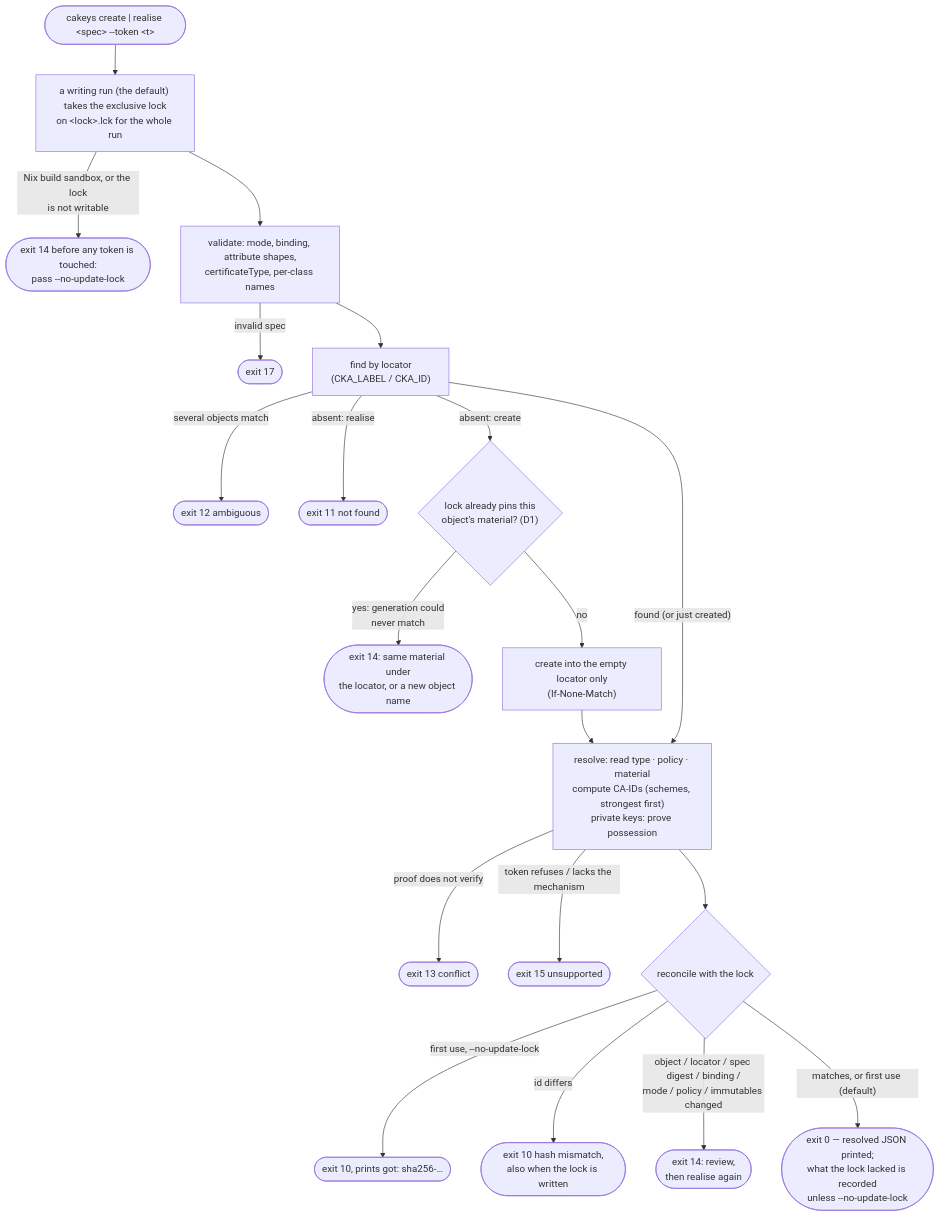
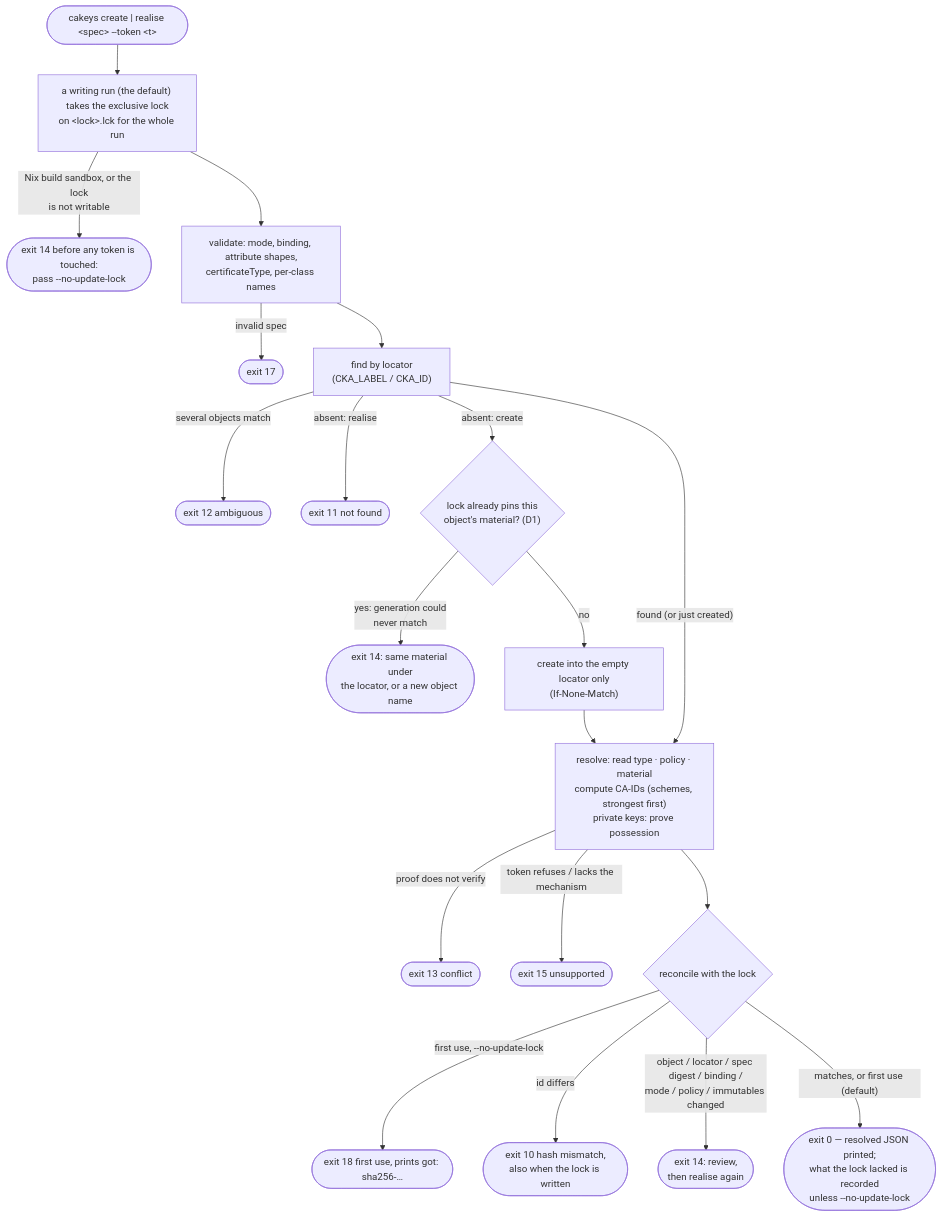
The second of 5 diagrams in docs/diagrams.md (Princemachiavelli/cakeys), drawn with Mermaid before and after one commit. The commit also changed 12 other files, not shown here.

````diff
--- a/docs/diagrams.md
+++ b/docs/diagrams.md
@@ -47,23 +47,23 @@
 ```mermaid
 flowchart TD
     START(["cakeys create | realise &lt;spec&gt; --token &lt;t&gt;"]) --> GUARD
     GUARD["a writing run (the default) takes the exclusive lock<br/>on &lt;lock&gt;.lck for the whole run"]
     GUARD -- "Nix build sandbox, or the lock<br/>is not writable" --> X14w(["exit 14 before any token is touched:<br/>pass --no-update-lock"])
     GUARD --> VAL["validate: mode, binding, attribute shapes,<br/>certificateType, per-class names"]
     VAL -- "invalid spec" --> X17(["exit 17"])
     VAL --> FIND["find by locator<br/>(CKA_LABEL / CKA_ID)"]
     FIND -- "several objects match" --> X12(["exit 12 ambiguous"])
     FIND -- "absent: realise" --> X11(["exit 11 not found"])
     FIND -- "absent: create" --> PIN{"lock already pins this<br/>object's material? (D1)"}
     PIN -- "yes: generation could<br/>never match" --> X14b(["exit 14: same material under<br/>the locator, or a new object name"])
     PIN -- no --> CREATE["create into the empty locator only<br/>(If-None-Match)"]
     FIND -- "found (or just created)" --> RESOLVE
     CREATE --> RESOLVE["resolve: read type · policy · material<br/>compute CA-IDs (schemes, strongest first)<br/>private keys: prove possession"]
     RESOLVE -- "proof does not verify" --> X13a(["exit 13 conflict"])
     RESOLVE -- "token refuses / lacks the mechanism" --> X15(["exit 15 unsupported"])
     RESOLVE --> RECONCILE{"reconcile with the lock"}
-    RECONCILE -- "first use, --no-update-lock" --> X10(["exit 10, prints got: sha256-…"])
+    RECONCILE -- "first use, --no-update-lock" --> X18(["exit 18 first use, prints got: sha256-…"])
     RECONCILE -- "id differs" --> X10b(["exit 10 hash mismatch,<br/>also when the lock is written"])
     RECONCILE -- "object / locator / spec digest / binding /<br/>mode / policy / immutables changed" --> X14(["exit 14: review,<br/>then realise again"])
     RECONCILE -- "matches, or first use (default)" --> OK(["exit 0 — resolved JSON printed;<br/>what the lock lacked is recorded<br/>unless --no-update-lock"])
 ```
````
